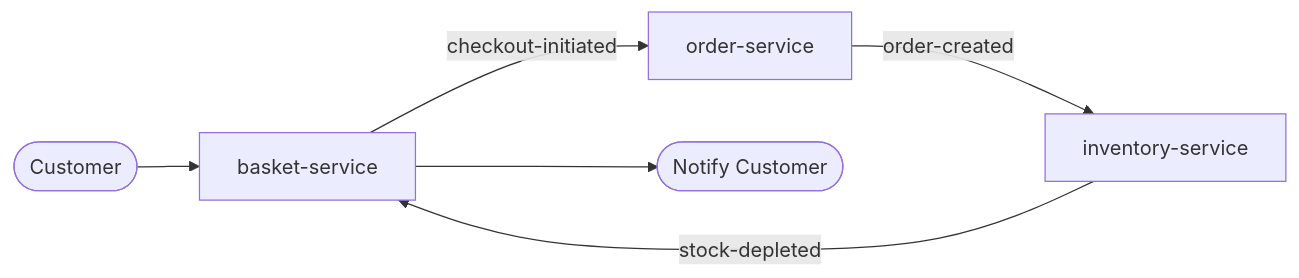
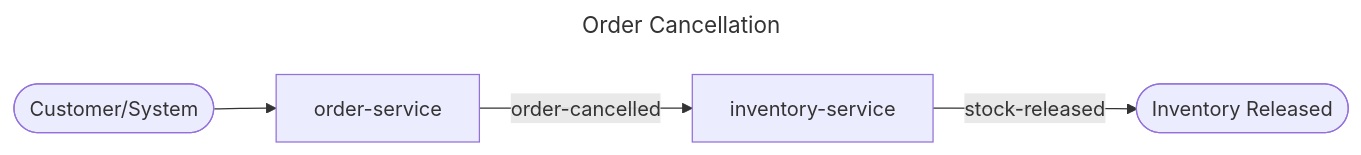
Before and after one commit to filozofira/spas: the fourth of 5 diagrams in examples/domains/basket-checkout/README.md, drawn with Mermaid. The commit also changed other lines of this file and 46 other files, not shown here.

Commit message:
Rebuild basket-checkout and equipment-rental to use product service. (#78)

````diff
--- a/examples/domains/basket-checkout/README.md
+++ b/examples/domains/basket-checkout/README.md
@@ -20,8 +58,9 @@
 ```mermaid
+---
+title: Order Cancellation
+---
 flowchart LR
-    Start([Customer]) --> BS[basket-service]
-    BS -->|checkout-initiated| OS[order-service]
-    OS -->|order-created| IS[inventory-service]
-    IS -->|stock-depleted| BS
-    BS --> End([Notify Customer])
+    Start([Customer/System]) --> OS[order-service]
+    OS -->|order-cancelled| IS[inventory-service]
+    IS -->|stock-released| End([Inventory Released])
 ```
````
